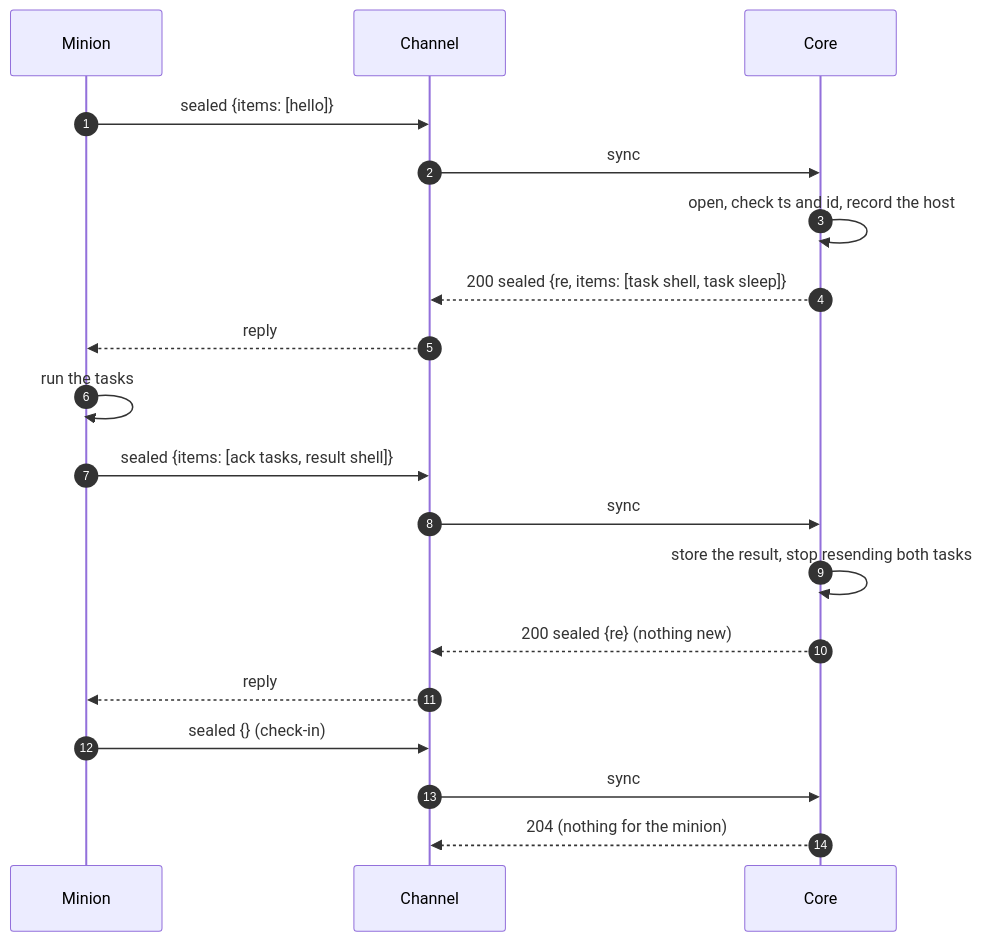
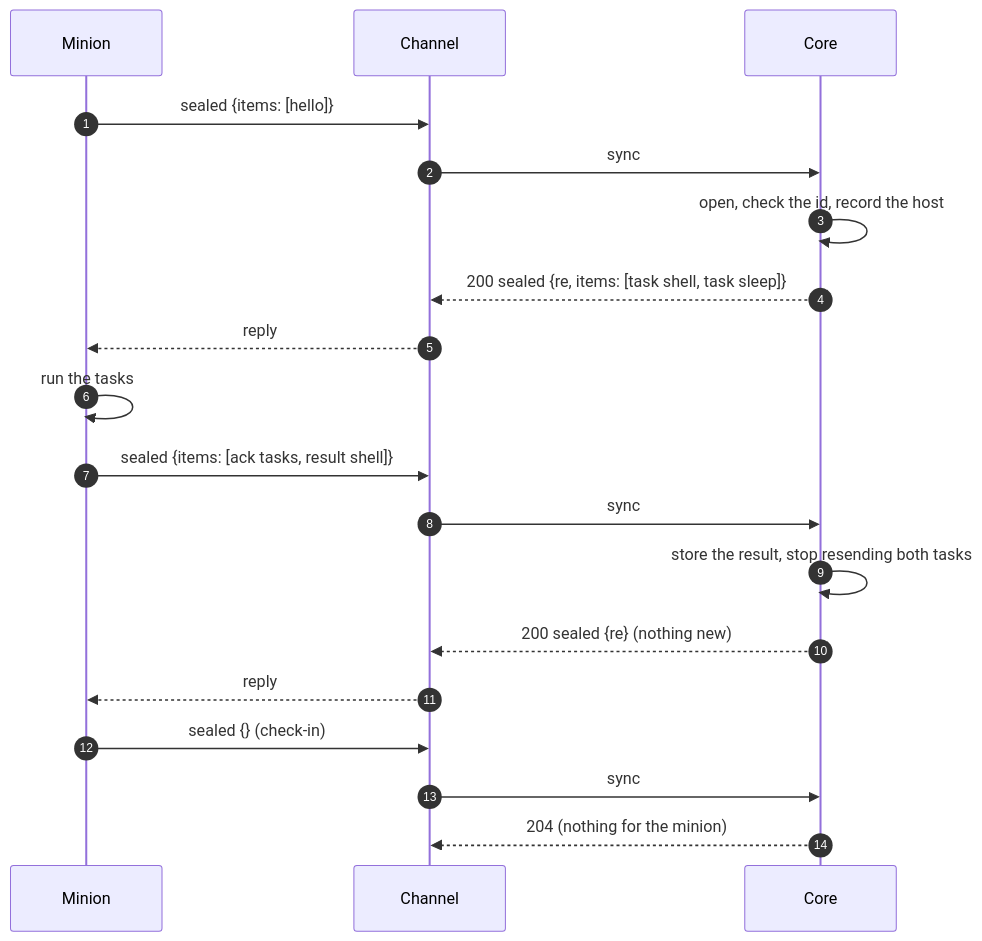
Before and after one commit to LogosCore/logos-docs: the diagram in src/content/docs/contracts/minion-messages.md, drawn with Mermaid. The commit also changed other lines of this file, not shown here.

````diff
--- a/src/content/docs/contracts/minion-messages.md
+++ b/src/content/docs/contracts/minion-messages.md
@@ -206,22 +204,22 @@
 ```mermaid
 sequenceDiagram
     autonumber
     participant M as Minion
     participant CH as Channel
     participant C as Core
 
     M->>CH: sealed {items: [hello]}
     CH->>C: sync
-    C->>C: open, check ts and id, record the host
+    C->>C: open, check the id, record the host
     C-->>CH: 200 sealed {re, items: [task shell, task sleep]}
     CH-->>M: reply
     M->>M: run the tasks
     M->>CH: sealed {items: [ack tasks, result shell]}
     CH->>C: sync
     C->>C: store the result, stop resending both tasks
     C-->>CH: 200 sealed {re} (nothing new)
     CH-->>M: reply
     M->>CH: sealed {} (check-in)
     CH->>C: sync
     C-->>CH: 204 (nothing for the minion)
 ```
````
